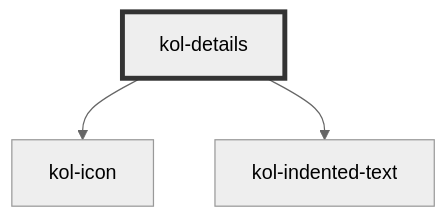
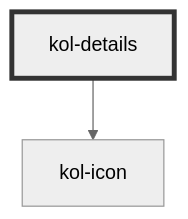
One commit to public-ui/kolibri changed the diagram in packages/components/src/components/details/readme.md. Above: the diagram before and after it, drawn with Mermaid (neutral theme). The commit also changed other lines of this file and 159 other files, not shown here.

````diff
--- a/packages/components/src/components/details/readme.md
+++ b/packages/components/src/components/details/readme.md
@@ -115,6 +114,5 @@
 ```mermaid
 graph TD;
   kol-details --> kol-icon
-  kol-details --> kol-indented-text
   style kol-details stroke:#333,stroke-width:4px
 ```
````
